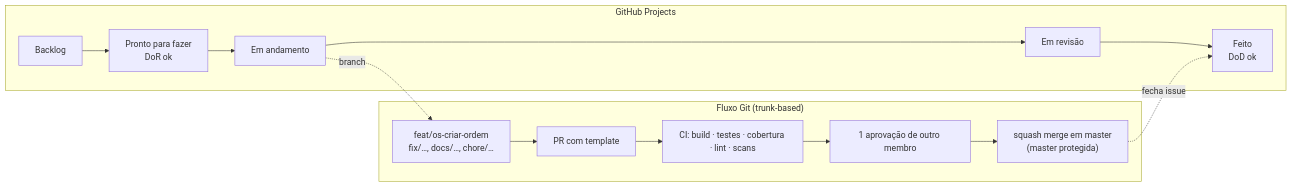
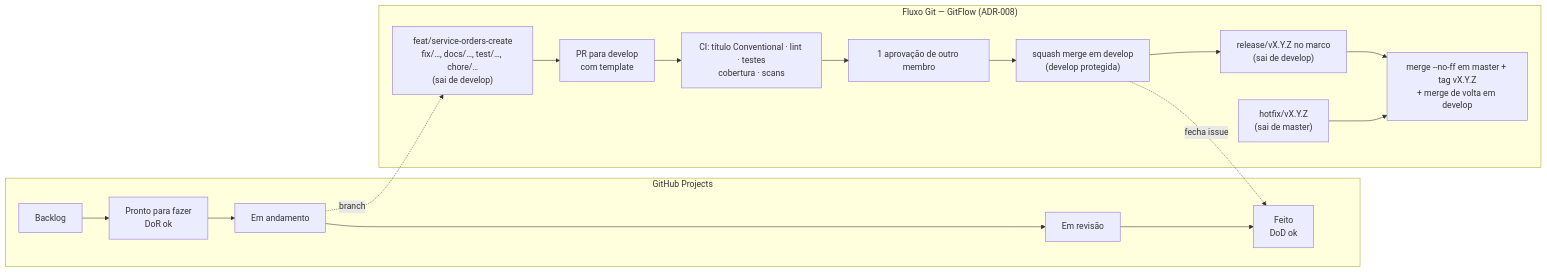
The second of 2 diagrams in docs/00-guia-do-grupo/como-trabalhamos.md (HermandoThiago/FIAP-SOAT), drawn with Mermaid before and after one commit. The commit also changed other lines of this file and 57 other files, not shown here.

````diff
--- a/docs/00-guia-do-grupo/como-trabalhamos.md
+++ b/docs/00-guia-do-grupo/como-trabalhamos.md
@@ -61,12 +65,14 @@
 ```mermaid
 flowchart LR
     subgraph Kanban["GitHub Projects"]
         B1[Backlog] --> B2[Pronto para fazer<br/>DoR ok] --> B3[Em andamento] --> B4[Em revisão] --> B5[Feito<br/>DoD ok]
     end
     B3 -. branch .-> G1
-    subgraph Git["Fluxo Git (trunk-based)"]
-        G1["feat/os-criar-ordem<br/>fix/…, docs/…, chore/…"] --> G2[PR com template] --> G3[CI: build · testes · cobertura · lint · scans]
-        G3 --> G4[1 aprovação de outro membro] --> G5["squash merge em master<br/>(master protegida)"]
+    subgraph Git["Fluxo Git — GitFlow (ADR-008)"]
+        G1["feat/service-orders-create<br/>fix/…, docs/…, test/…, chore/…<br/>(sai de develop)"] --> G2[PR para develop<br/>com template] --> G3[CI: título Conventional · lint · testes<br/>cobertura · scans]
+        G3 --> G4[1 aprovação de outro membro] --> G5["squash merge em develop<br/>(develop protegida)"]
+        G5 --> G6["release/vX.Y.Z no marco<br/>(sai de develop)"] --> G7["merge --no-ff em master + tag vX.Y.Z<br/>+ merge de volta em develop"]
+        G8["hotfix/vX.Y.Z<br/>(sai de master)"] --> G7
     end
     G5 -. fecha issue .-> B5
 ```
````
